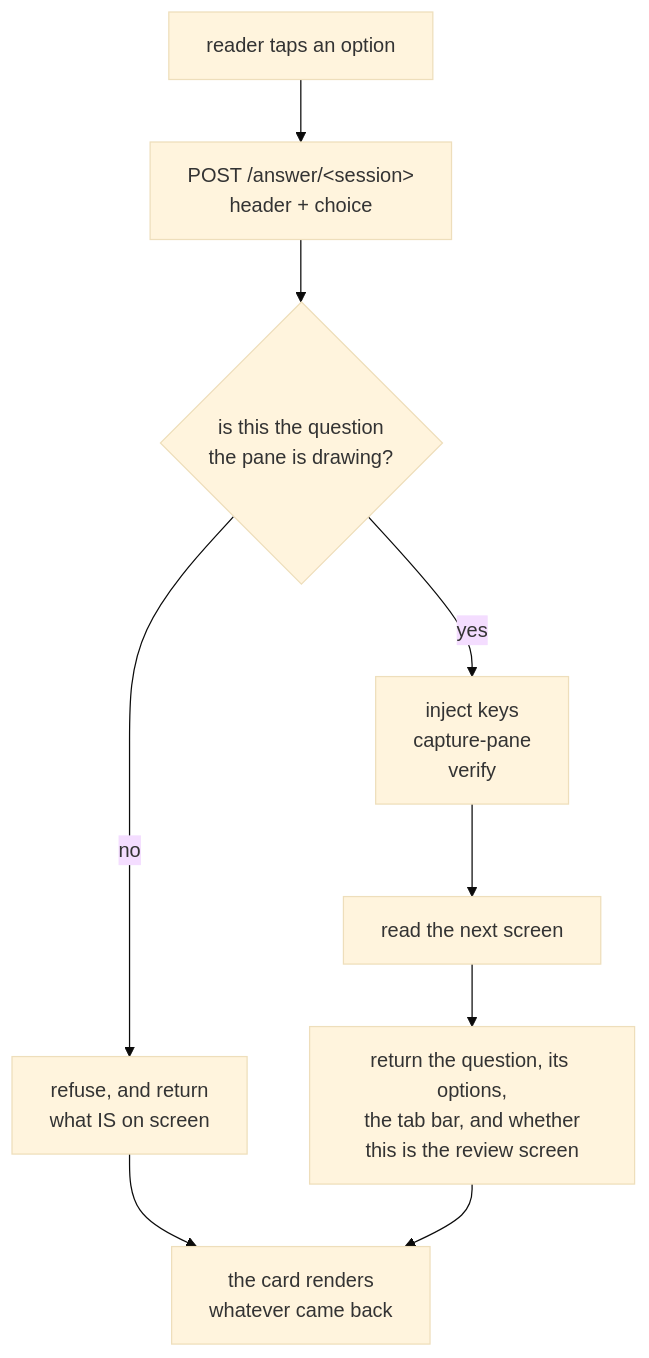
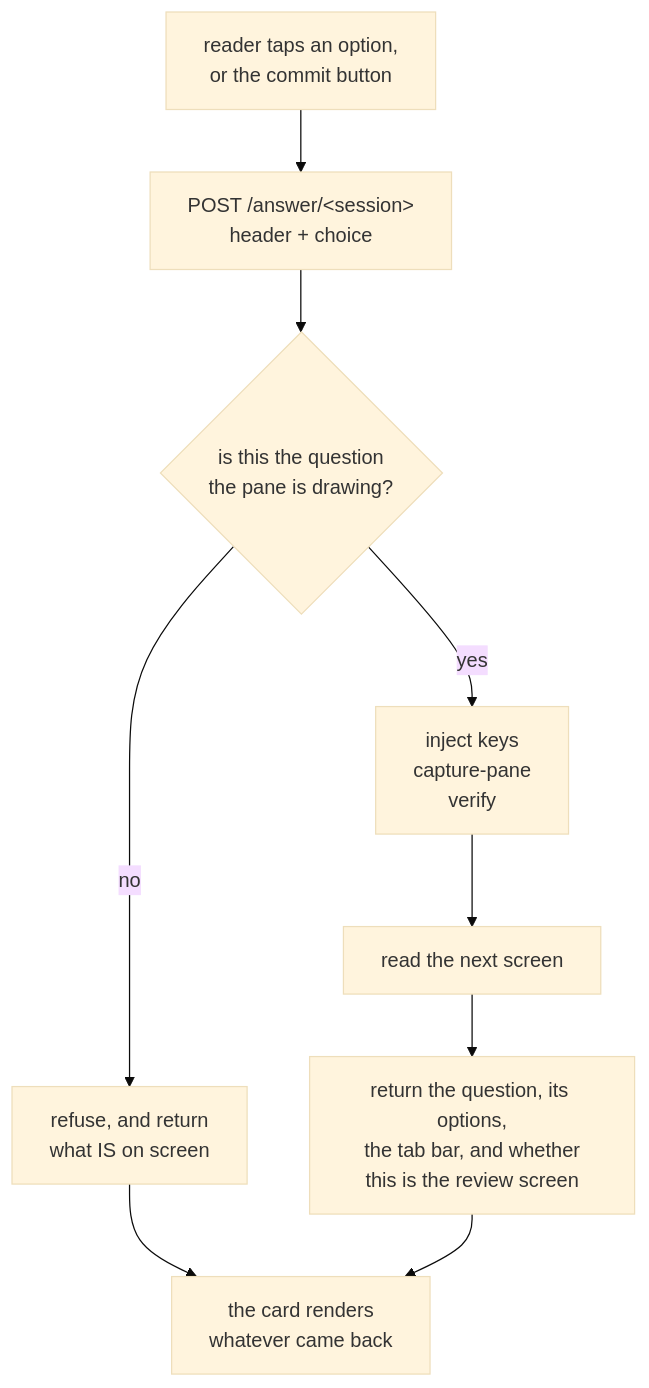
Before and after one commit to ViktorBarzin/terminal-lobby: the second of 3 diagrams in docs/plans/2026-09-10-text-mode-answers-dialogs-design.md, drawn with Mermaid (base theme). The commit also changed other lines of this file and 4 other files, not shown here.

````diff
--- a/docs/plans/2026-09-10-text-mode-answers-dialogs-design.md
+++ b/docs/plans/2026-09-10-text-mode-answers-dialogs-design.md
@@ -138,14 +142,14 @@
 ```mermaid
 flowchart TD
-    A["reader taps an option"]
+    A["reader taps an option,<br/>or the commit button"]
     B["POST /answer/&lt;session&gt;<br/>header + choice"]
     C{"is this the question<br/>the pane is drawing?"}
     D["refuse, and return<br/>what IS on screen"]
     E["inject keys<br/>capture-pane<br/>verify"]
     F["read the next screen"]
     G["return the question, its options,<br/>the tab bar, and whether<br/>this is the review screen"]
     H["the card renders<br/>whatever came back"]
     A --> B --> C
     C -->|"no"| D --> H
     C -->|"yes"| E --> F --> G --> H
 ```
````
